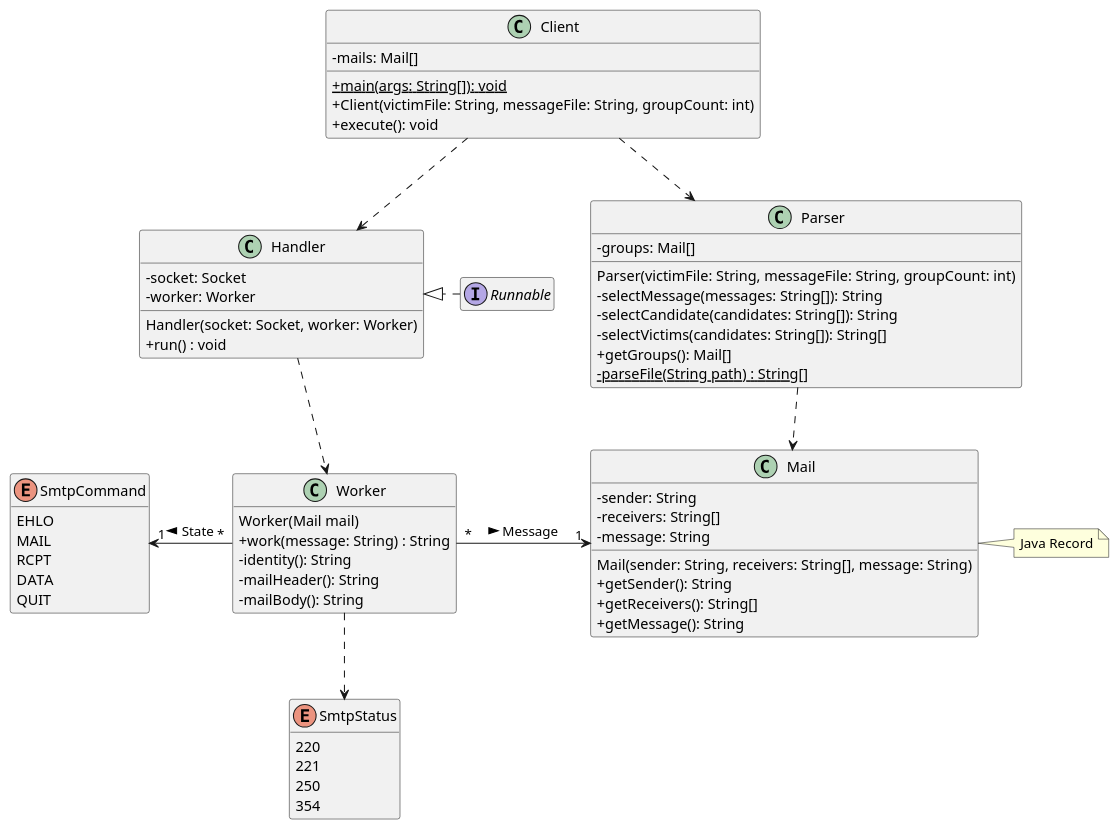
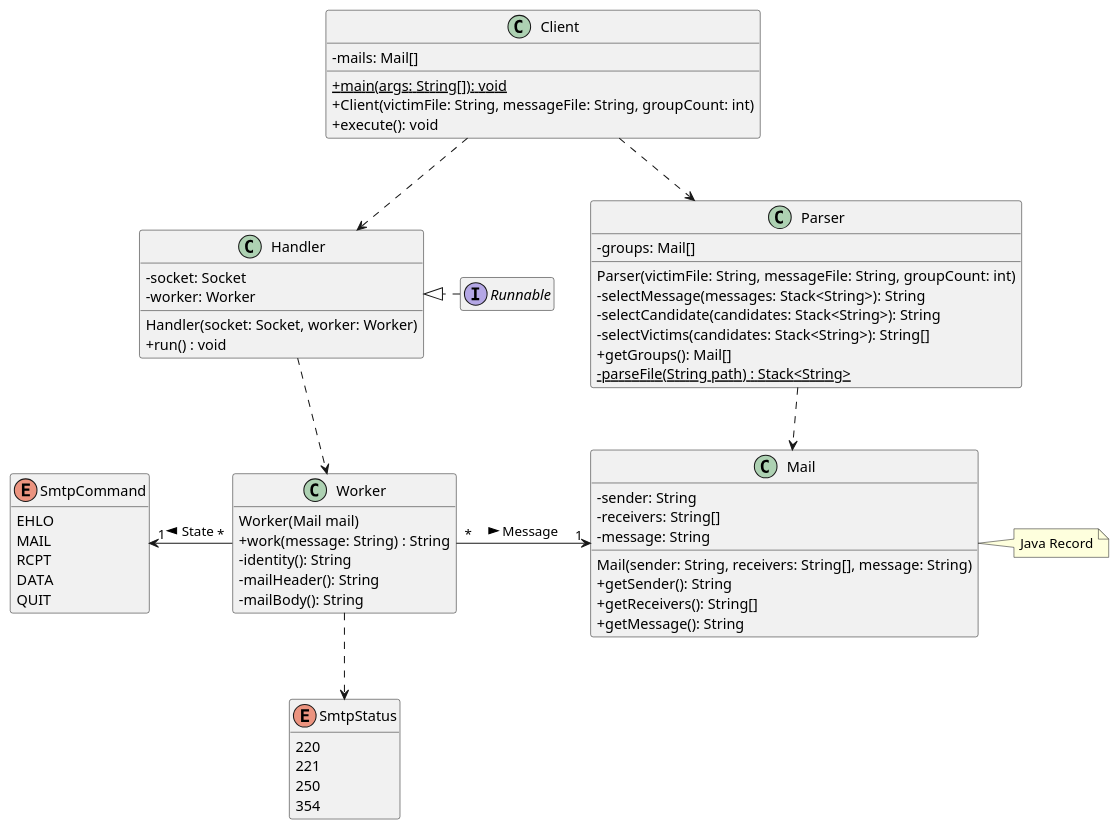
The diagram in doc/class_diagram.puml (a-mango/dai-lab-smtp), drawn with PlantUML before and after one commit. The commit also changed 2 other files, not shown here.

Commit message:
fix: migrate parser functionning from classic java array to Stack

```diff
--- a/doc/class_diagram.puml
+++ b/doc/class_diagram.puml
@@ -1,78 +1,78 @@
 @startuml
 'https://plantuml.com/class-diagram
 skinparam classAttributeIconSize 0
 skinparam groupInheritance 3
 hide empty methods
 hide empty members
 
 class Client {
     {static} + main(args: String[]): void
     - mails: Mail[]
     + Client(victimFile: String, messageFile: String, groupCount: int)
     + execute(): void
 }
 
 class Handler {
     - socket: Socket
     - worker: Worker
     Handler(socket: Socket, worker: Worker)
     + run() : void
 }
 
 class Worker {
     Worker(Mail mail)
     + work(message: String) : String
     - identity(): String
     - mailHeader(): String
     - mailBody(): String
 }
 
 enum SmtpCommand {
     EHLO
     MAIL
     RCPT
     DATA
     QUIT
 }
 
 enum SmtpStatus {
     220
     221
     250
     354
 }
 
 class Parser {
     - groups: Mail[]
     Parser(victimFile: String, messageFile: String, groupCount: int)
-    - selectMessage(messages: String[]): String
-    - selectCandidate(candidates: String[]): String
-    - selectVictims(candidates: String[]): String[]
+    - selectMessage(messages: Stack<String>): String
+    - selectCandidate(candidates: Stack<String>): String
+    - selectVictims(candidates: Stack<String>): String[]
     + getGroups(): Mail[]
-    {static} - parseFile(String path) : String[]
+    {static} - parseFile(String path) : Stack<String>
 }
 
 class Mail {
     - sender: String
     - receivers: String[]
     - message: String
     Mail(sender: String, receivers: String[], message: String)
     + getSender(): String
     + getReceivers(): String[]
     + getMessage(): String
 }
 
 note right of Mail: Java Record
 
 
 interface Runnable
 
 Client ..> Handler
 Client ..> Parser
 Handler .down.> Worker
 Runnable .right.|> Handler
 Parser ..> Mail
 Worker "*" -right-> "1" Mail : "Message >"
 Worker "*" -left-> "1" SmtpCommand : "State >"
 Worker .down.> SmtpStatus
 @enduml
```
